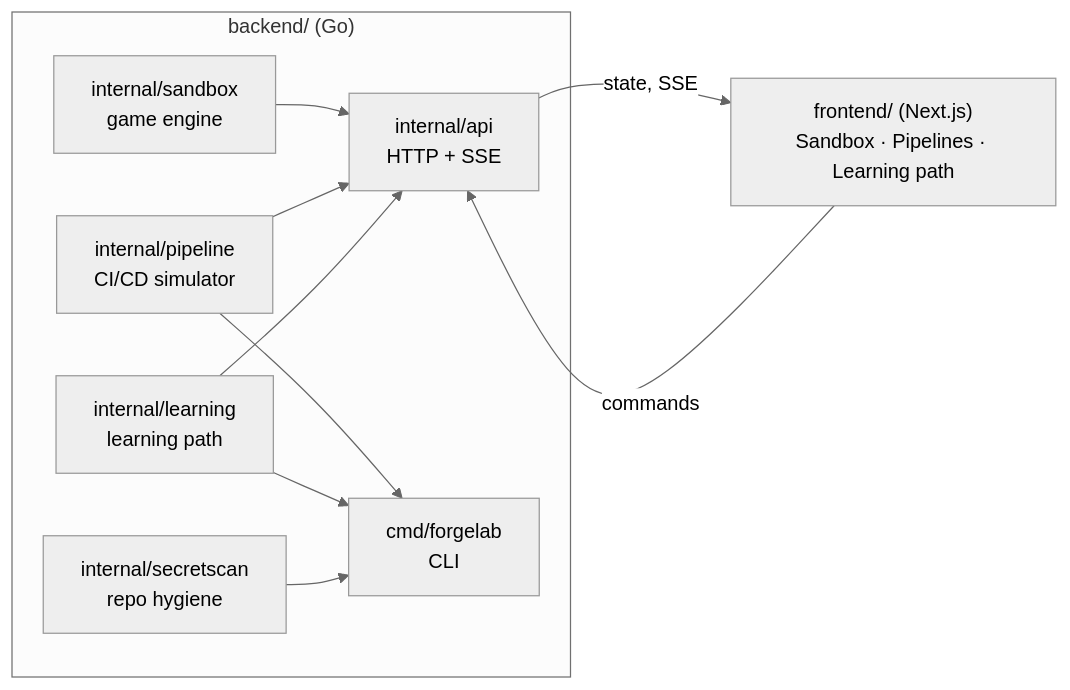
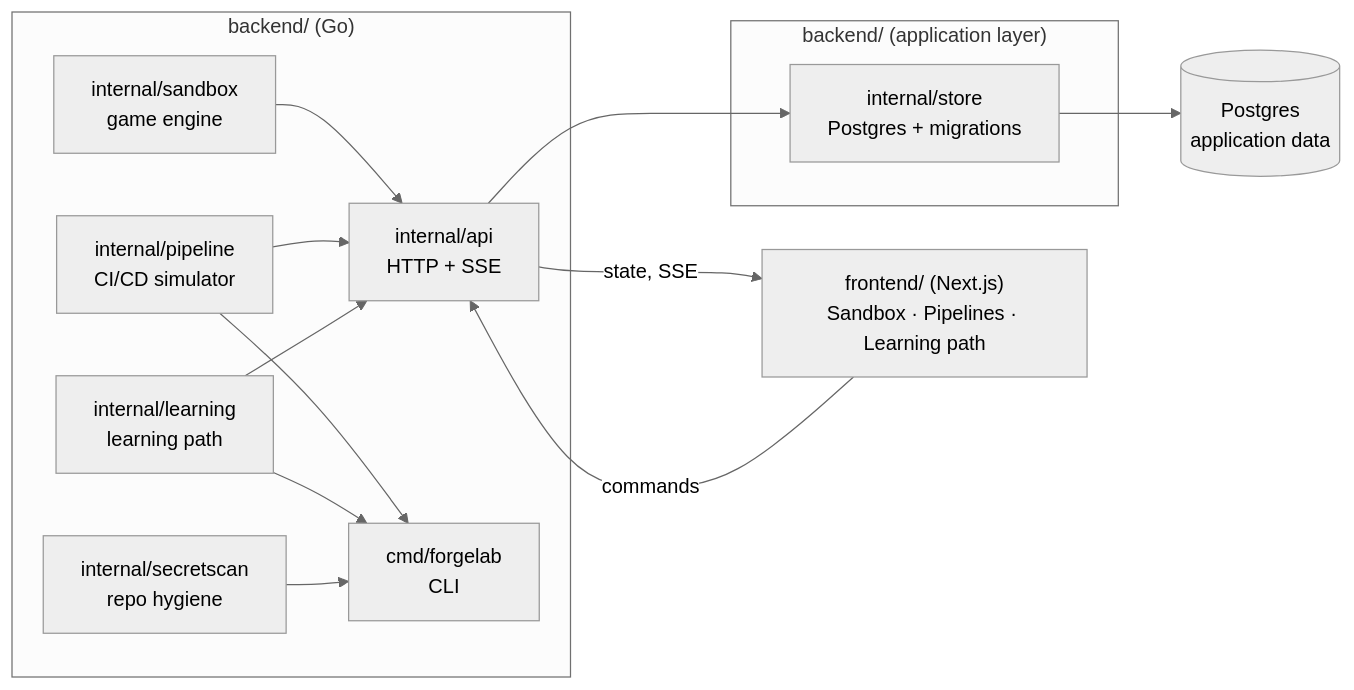
Before and after one commit to samin-al-wasee/production-simulator: the first of 2 diagrams in docs/architecture.md, drawn with Mermaid (neutral theme). The commit also changed other lines of this file and 21 other files, not shown here.

First line of the commit message:
[feat] Add the application store and Postgres persistence

````diff
--- a/docs/architecture.md
+++ b/docs/architecture.md
@@ -8,17 +8,22 @@
 ```mermaid
 flowchart LR
     subgraph CORE["backend/ (Go)"]
         SB["internal/sandbox<br/>game engine"]
         PL["internal/pipeline<br/>CI/CD simulator"]
         LE["internal/learning<br/>learning path"]
         SS["internal/secretscan<br/>repo hygiene"]
         API["internal/api<br/>HTTP + SSE"]
         CLI["cmd/forgelab<br/>CLI"]
     end
+    subgraph APP["backend/ (application layer)"]
+        ST["internal/store<br/>Postgres + migrations"]
+    end
+    PG[("Postgres<br/>application data")]
     UI["frontend/ (Next.js)<br/>Sandbox · Pipelines · Learning path"]
 
     SB & PL & LE --> API
     PL & LE & SS --> CLI
+    API --> ST --> PG
     API -- "state, SSE" --> UI
     UI -- commands --> API
 ```
````
